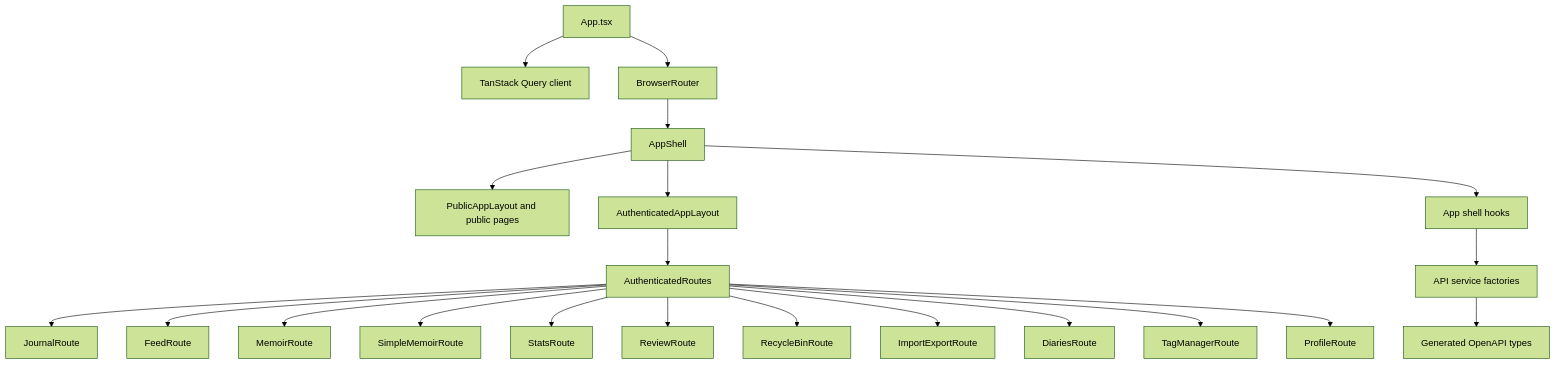
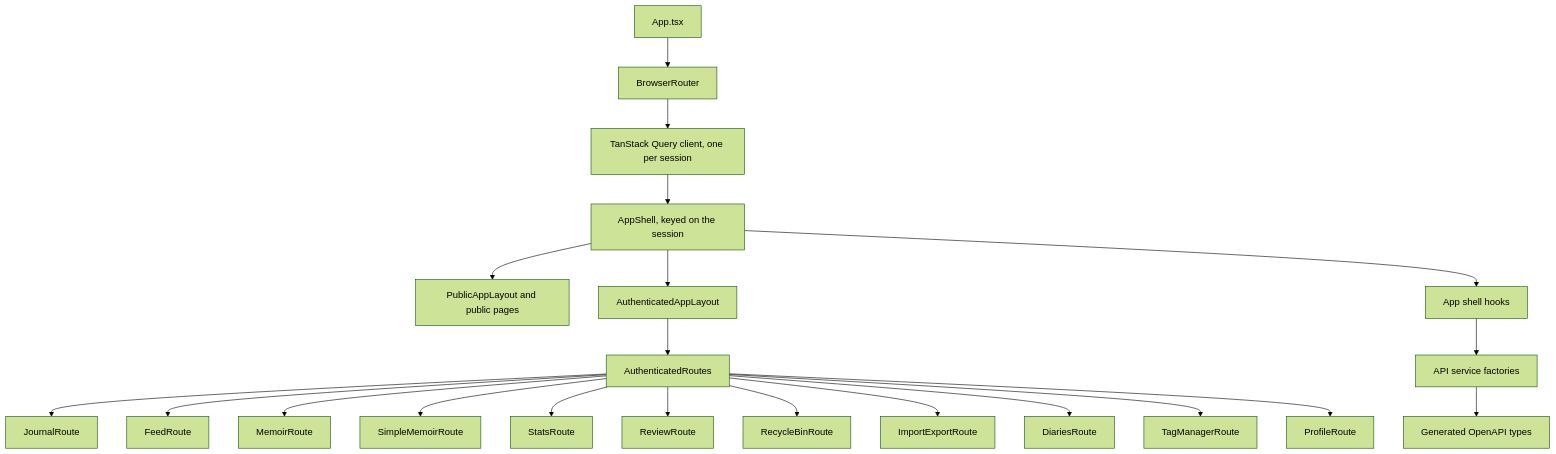
Before and after one commit to chefzaid/thoughty: the second of 2 diagrams in docs/architecture.md, drawn with Mermaid (forest theme). The commit also changed other lines of this file and 32 other files, not shown here.

````diff
--- a/docs/architecture.md
+++ b/docs/architecture.md
@@ -113,25 +113,25 @@
 ```mermaid
 flowchart TD
-    App[App.tsx] --> Query[TanStack Query client]
-    App --> Router[BrowserRouter]
-    Router --> Shell[AppShell]
+    App[App.tsx] --> Router[BrowserRouter]
+    Router --> Query[TanStack Query client, one per session]
+    Query --> Shell[AppShell, keyed on the session]
     Shell --> Public[PublicAppLayout and public pages]
     Shell --> Layout[AuthenticatedAppLayout]
     Layout --> Routes[AuthenticatedRoutes]
 
     Routes --> Journal[JournalRoute]
     Routes --> Feed[FeedRoute]
     Routes --> Memoir[MemoirRoute]
     Routes --> SimpleMemoir[SimpleMemoirRoute]
     Routes --> Stats[StatsRoute]
     Routes --> Review[ReviewRoute]
     Routes --> RecycleBin[RecycleBinRoute]
     Routes --> ImportExport[ImportExportRoute]
     Routes --> Diaries[DiariesRoute]
     Routes --> Tags[TagManagerRoute]
     Routes --> Profile[ProfileRoute]
 
     Shell --> Hooks[App shell hooks]
     Hooks --> Services[API service factories]
     Services --> Generated[Generated OpenAPI types]
 ```
````
